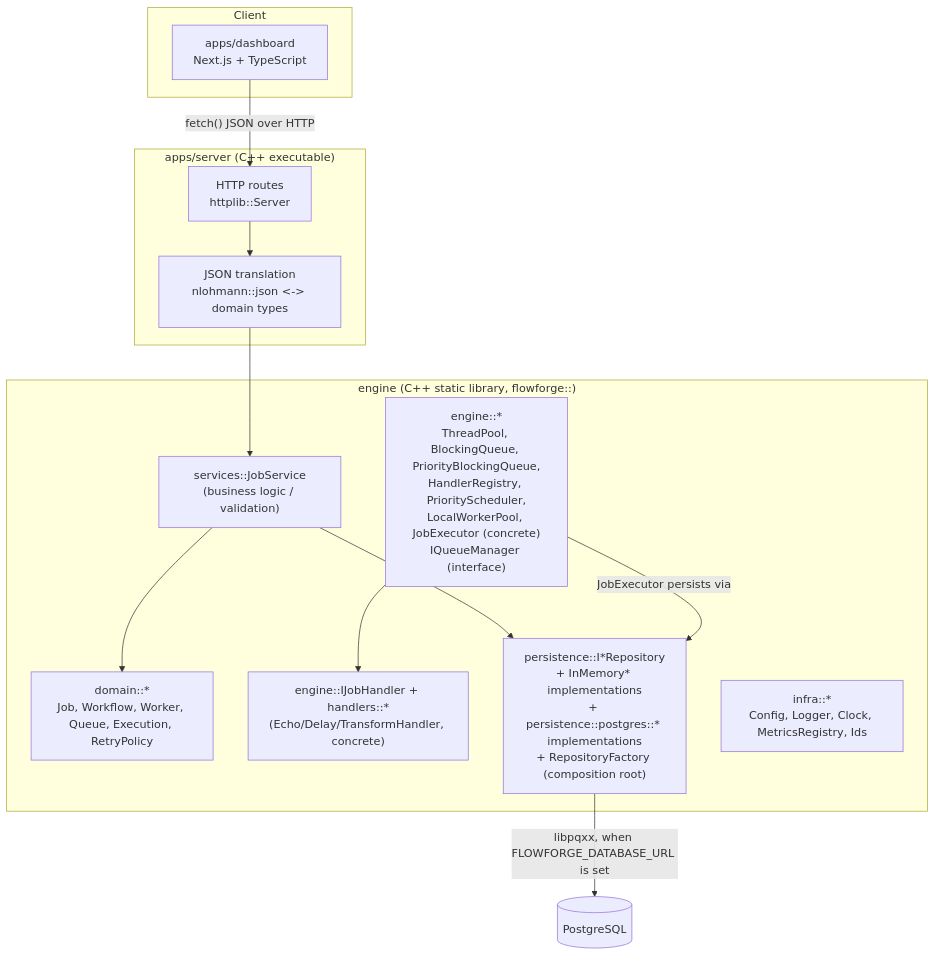
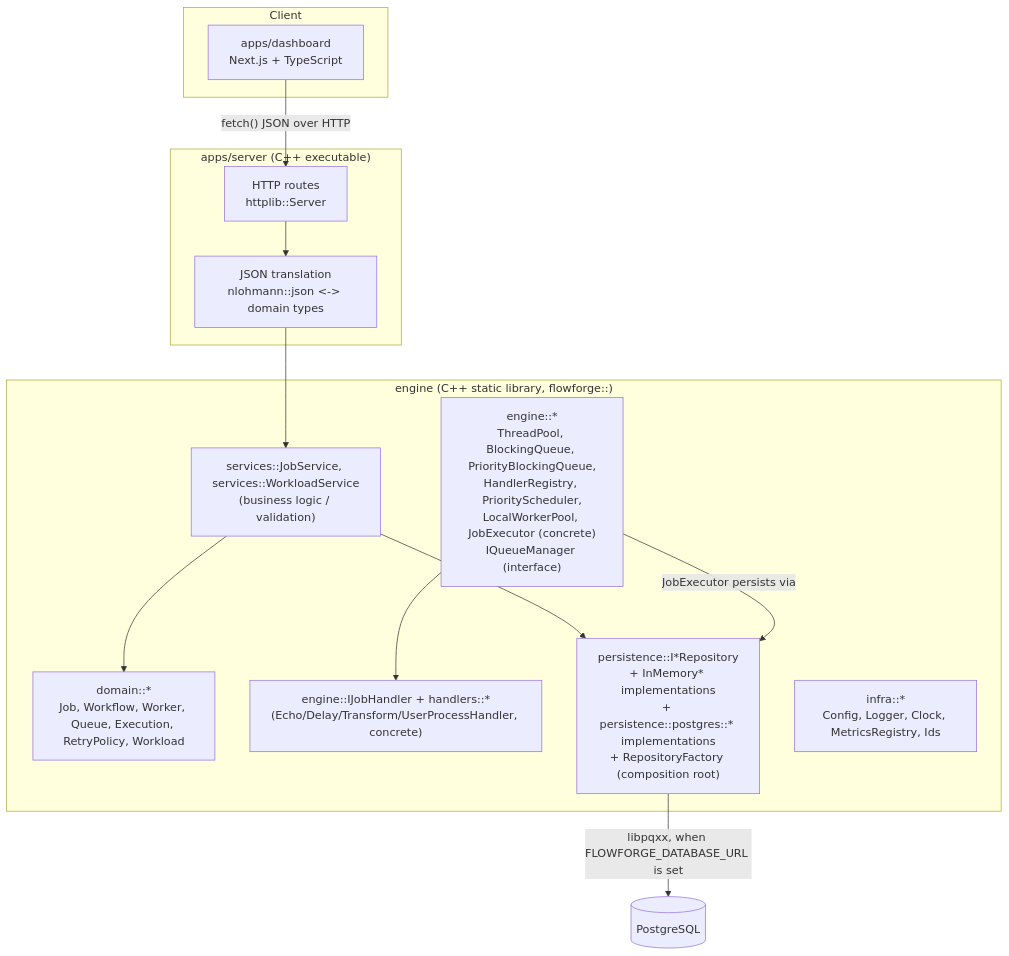
Before and after one commit to faiza-ijaz0/flowforge: the diagram in docs/architecture/overview.md, drawn with Mermaid. The commit also changed other lines of this file and 48 other files, not shown here.

````diff
--- a/docs/architecture/overview.md
+++ b/docs/architecture/overview.md
@@ -13,30 +14,30 @@
 ```mermaid
 graph TB
     subgraph Client
         Dashboard["apps/dashboard<br/>Next.js + TypeScript"]
     end
 
     subgraph API["apps/server (C++ executable)"]
         Routes["HTTP routes<br/>httplib::Server"]
         JSON["JSON translation<br/>nlohmann::json <-> domain types"]
     end
 
     subgraph Engine["engine (C++ static library, flowforge::)"]
-        Services["services::JobService<br/>(business logic / validation)"]
-        Domain["domain::*<br/>Job, Workflow, Worker, Queue, Execution, RetryPolicy"]
+        Services["services::JobService, services::WorkloadService<br/>(business logic / validation)"]
+        Domain["domain::*<br/>Job, Workflow, Worker, Queue, Execution, RetryPolicy, Workload"]
         EngineCore["engine::*<br/>ThreadPool, BlockingQueue, PriorityBlockingQueue,<br/>HandlerRegistry, PriorityScheduler,<br/>LocalWorkerPool, JobExecutor (concrete)<br/>IQueueManager (interface)"]
-        Handlers["engine::IJobHandler + handlers::*<br/>(Echo/Delay/TransformHandler, concrete)"]
+        Handlers["engine::IJobHandler + handlers::*<br/>(Echo/Delay/Transform/UserProcessHandler, concrete)"]
         Persistence["persistence::I*Repository<br/>+ InMemory* implementations<br/>+ persistence::postgres::* implementations<br/>+ RepositoryFactory (composition root)"]
         Infra["infra::*<br/>Config, Logger, Clock, MetricsRegistry, Ids"]
     end
 
     DB[("PostgreSQL")]
 
     Dashboard -- "fetch() JSON over HTTP" --> Routes
     Routes --> JSON --> Services
     Services --> Domain
     Services --> Persistence
     Persistence -->|libpqxx, when FLOWFORGE_DATABASE_URL is set| DB
     EngineCore --> Handlers
     EngineCore -->|JobExecutor persists via| Persistence
 ```
````
